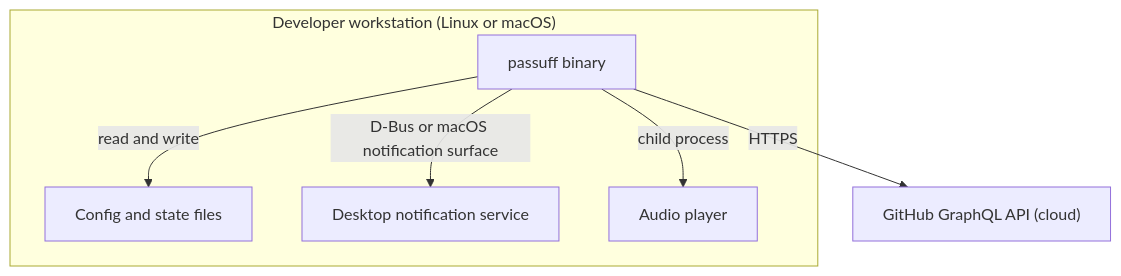
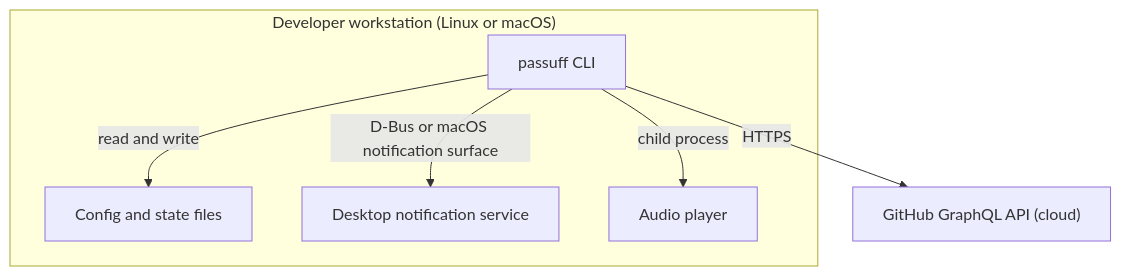
The diagram in docs/arc42/07-deployment-view.md (buster/passuff), drawn with Mermaid before and after one commit. The commit also changed other lines of this file and 439 other files, not shown here.

````diff
--- a/docs/arc42/07-deployment-view.md
+++ b/docs/arc42/07-deployment-view.md
@@ -8,16 +8,16 @@
 ```mermaid
 flowchart TB
     subgraph workstation["Developer workstation (Linux or macOS)"]
-        binary["passuff binary"]
+        app["passuff CLI"]
         files["Config and state files"]
         desktop["Desktop notification service"]
         player["Audio player"]
     end
 
     github["GitHub GraphQL API (cloud)"]
 
-    binary -->|HTTPS| github
-    binary -->|D-Bus or macOS notification surface| desktop
-    binary -->|child process| player
-    binary -->|read and write| files
+    app -->|HTTPS| github
+    app -->|D-Bus or macOS notification surface| desktop
+    app -->|child process| player
+    app -->|read and write| files
 ```
````
